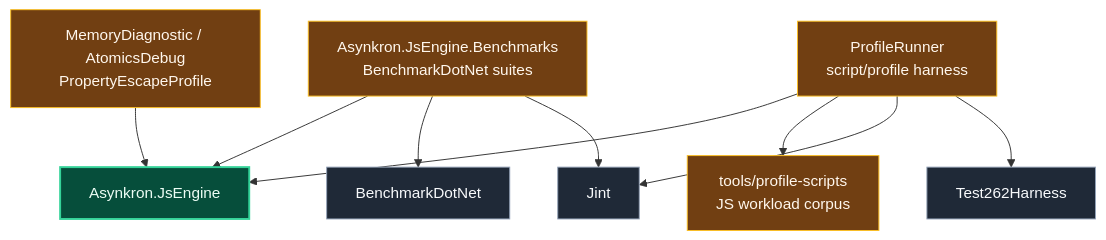
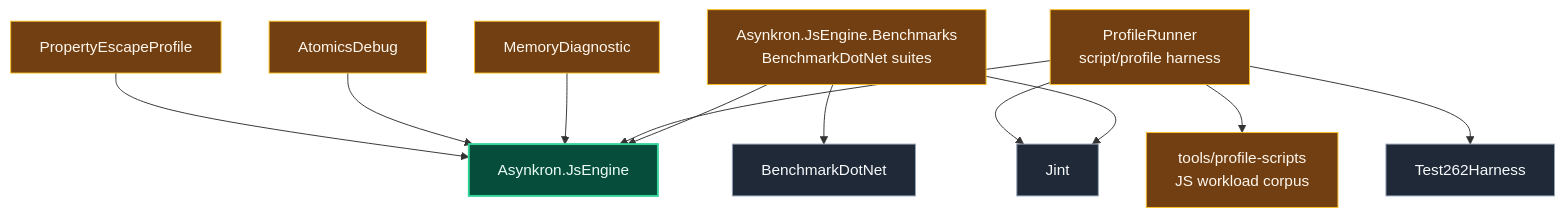
Before and after one commit to asynkron/Asynkron.JsEngine: the diagram in docs/architecture/level2-performance-tooling.md, drawn with Mermaid. The commit also changed 6 other files, not shown here.

Commit message:
Link architecture diagram drilldowns

````diff
--- a/docs/architecture/level2-performance-tooling.md
+++ b/docs/architecture/level2-performance-tooling.md
@@ -5,24 +5,38 @@
 ```mermaid
 flowchart TB
   classDef tools fill:#713f12,stroke:#fbbf24,color:#fff7ed
   classDef core fill:#064e3b,stroke:#34d399,color:#ecfdf5,stroke-width:2px
   classDef external fill:#1f2937,stroke:#94a3b8,color:#f8fafc
 
   Engine["Asynkron.JsEngine"]:::core
   Bench["Asynkron.JsEngine.Benchmarks<br/>BenchmarkDotNet suites"]:::tools
   Profile["ProfileRunner<br/>script/profile harness"]:::tools
   Scripts["tools/profile-scripts<br/>JS workload corpus"]:::tools
-  Diagnostics["MemoryDiagnostic / AtomicsDebug<br/>PropertyEscapeProfile"]:::tools
+  Memory["MemoryDiagnostic"]:::tools
+  Atomics["AtomicsDebug"]:::tools
+  PropertyEscape["PropertyEscapeProfile"]:::tools
   BDN["BenchmarkDotNet"]:::external
   Jint["Jint"]:::external
   Harness["Test262Harness"]:::external
 
   Bench --> Engine
   Bench --> BDN
   Bench --> Jint
   Profile --> Engine
   Profile --> Scripts
   Profile --> Jint
   Profile --> Harness
-  Diagnostics --> Engine
+  Memory --> Engine
+  Atomics --> Engine
+  PropertyEscape --> Engine
+
+  click Engine "level3-asynkron-jsengine.md" "Open Asynkron.JsEngine architecture"
+  click Bench "level3-asynkron-jsengine-benchmarks.md" "Open benchmark project architecture"
+  click Profile "level3-profile-runner.md" "Open ProfileRunner architecture"
+  click Memory "level3-memory-diagnostic.md" "Open MemoryDiagnostic architecture"
+  click Atomics "level3-atomics-debug.md" "Open AtomicsDebug architecture"
+  click PropertyEscape "level3-property-escape-profile.md" "Open PropertyEscapeProfile architecture"
+  click BDN "level2-external-comparison-test-packages.md" "Open external package architecture"
+  click Jint "level2-external-comparison-test-packages.md" "Open external package architecture"
+  click Harness "level2-external-comparison-test-packages.md" "Open external package architecture"
 ```
````
